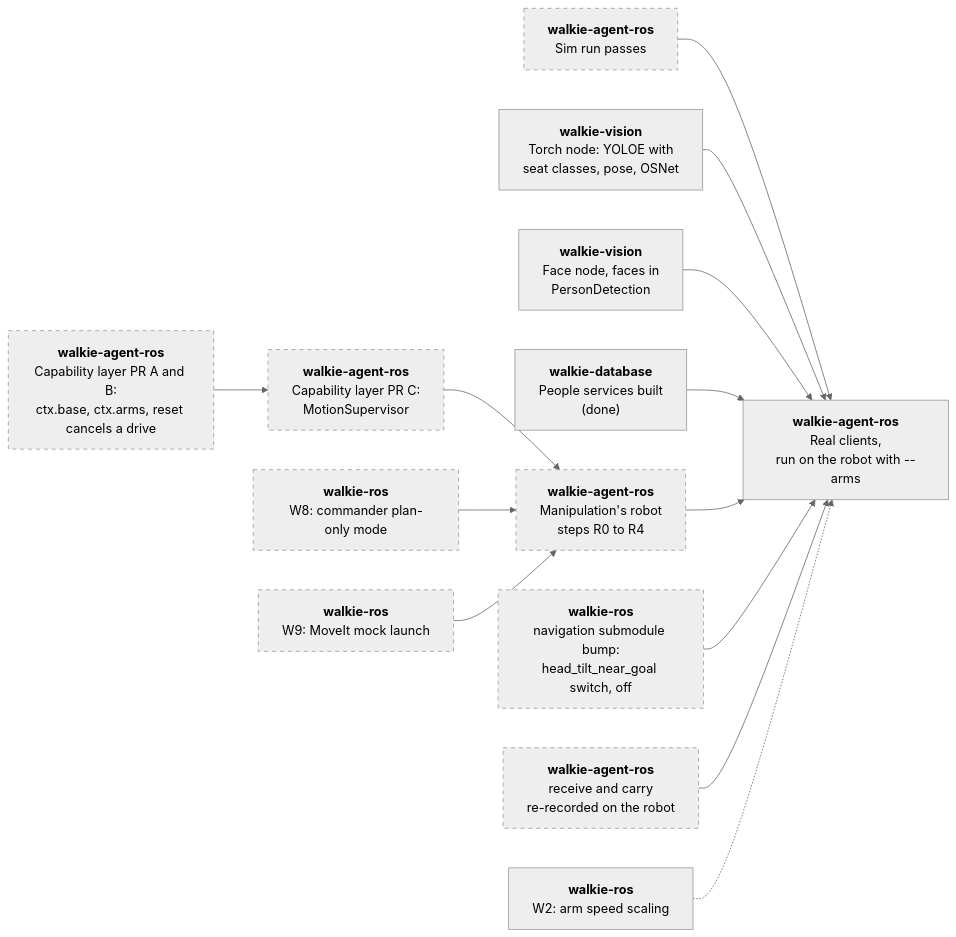
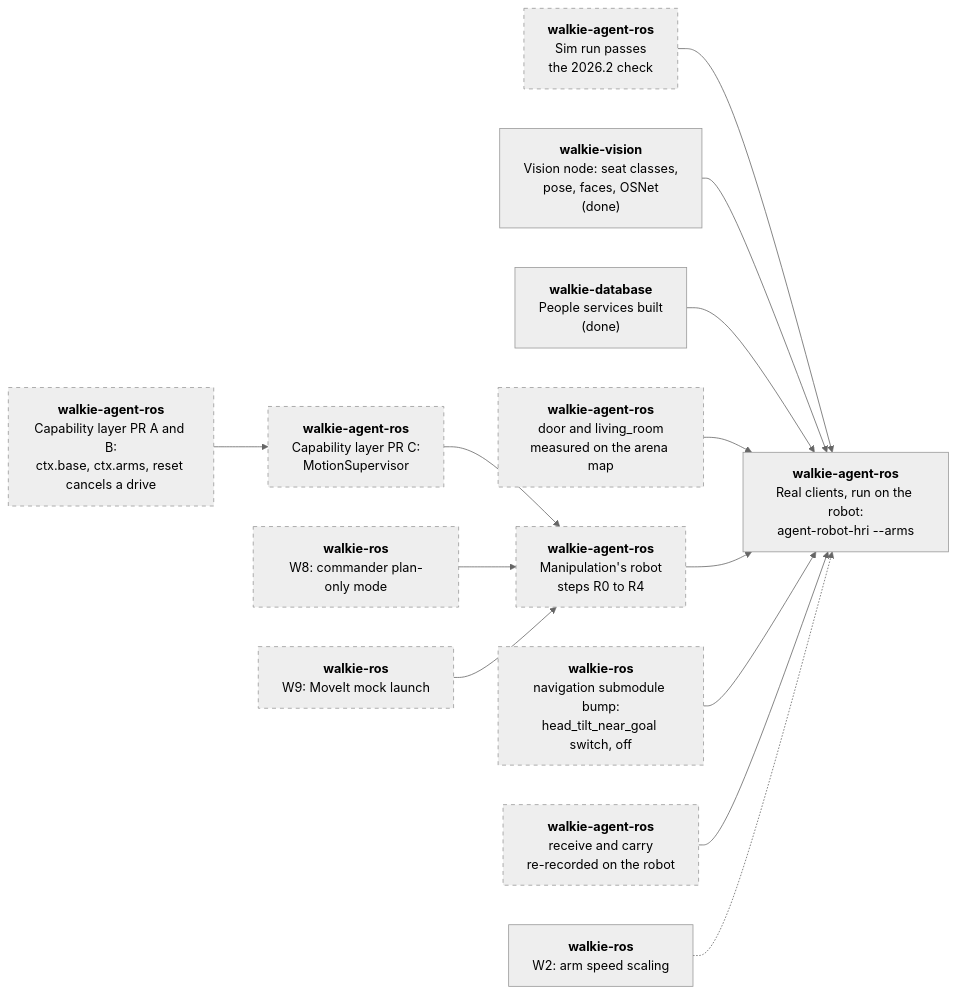
One commit to EIC-Robocup-2026/walkie-agent-ros changed the fourth of 4 diagrams in docs/architecture/hri.md. Above: the diagram before and after it, drawn with Mermaid (neutral theme). The commit also changed other lines of this file and 21 other files, not shown here.

First line of the commit message:
feat: add the hri robot run recipe and refuse seeds whose tool is not loaded

````diff
--- a/docs/architecture/hri.md
+++ b/docs/architecture/hri.md
@@ -1039,31 +1047,31 @@
 ```mermaid
 flowchart LR
-    t["<b>walkie-agent-ros</b><br/>Sim run passes"]:::proposed
-    v1["<b>walkie-vision</b><br/>Torch node: YOLOE with<br/>seat classes, pose, OSNet"]
-    v2["<b>walkie-vision</b><br/>Face node, faces in<br/>PersonDetection"]
+    t["<b>walkie-agent-ros</b><br/>Sim run passes<br/>the 2026.2 check"]:::proposed
+    v["<b>walkie-vision</b><br/>Vision node: seat classes,<br/>pose, faces, OSNet<br/>(done)"]
     d3["<b>walkie-database</b><br/>People services built<br/>(done)"]
+    lo["<b>walkie-agent-ros</b><br/>door and living_room<br/>measured on the arena map"]:::proposed
     cb["<b>walkie-agent-ros</b><br/>Capability layer PR A and B:<br/>ctx.base, ctx.arms, reset cancels a drive"]:::proposed
     ac["<b>walkie-agent-ros</b><br/>Capability layer PR C:<br/>MotionSupervisor"]:::proposed
     ht["<b>walkie-ros</b><br/>navigation submodule bump:<br/>head_tilt_near_goal switch, off"]:::proposed
     w8["<b>walkie-ros</b><br/>W8: commander plan-only mode"]:::proposed
     w9["<b>walkie-ros</b><br/>W9: MoveIt mock launch"]:::proposed
     rs["<b>walkie-agent-ros</b><br/>Manipulation's robot<br/>steps R0 to R4"]:::proposed
     rp["<b>walkie-agent-ros</b><br/>receive and carry<br/>re-recorded on the robot"]:::proposed
     w2["<b>walkie-ros</b><br/>W2: arm speed scaling"]
-    r["<b>walkie-agent-ros</b><br/>Real clients,<br/>run on the robot with --arms"]
+    r["<b>walkie-agent-ros</b><br/>Real clients, run on the robot:<br/>agent-robot-hri --arms"]
 
     t --> r
-    v1 --> r
-    v2 --> r
+    v --> r
     d3 --> r
+    lo --> r
     cb --> ac
     ac --> rs
     w8 --> rs
     w9 --> rs
     rs --> r
     ht --> r
     rp --> r
     w2 -.-> r
 
     classDef proposed stroke-dasharray: 5 5;
 ```
````
